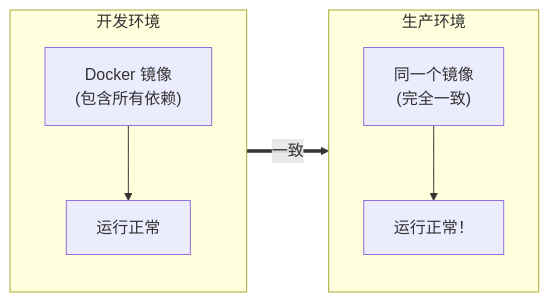
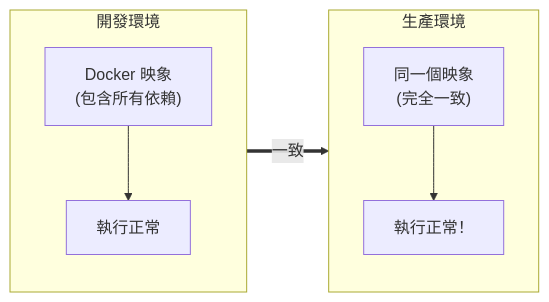
One commit to doggy8088/docker_practice changed the second of 3 diagrams in 01_introduction/1.2_what.md. Above: the diagram before and after it, drawn with Mermaid. The commit also changed other lines of this file and 211 other files, not shown here.

````diff
--- a/01_introduction/1.2_what.md
+++ b/01_introduction/1.2_what.md
@@ -31,12 +31,12 @@
 ```mermaid
 flowchart LR
-    subgraph Dev ["开发环境"]
+    subgraph Dev ["開發環境"]
         direction TB
-        A["Docker 镜像<br/>(包含所有依赖)"] --> B["运行正常"]
+        A["Docker 映象<br/>(包含所有依賴)"] --> B["執行正常"]
     end
-    subgraph Prod ["生产环境"]
+    subgraph Prod ["生產環境"]
         direction TB
-        C["同一个镜像<br/>(完全一致)"] --> D["运行正常！"]
+        C["同一個映象<br/>(完全一致)"] --> D["執行正常！"]
     end
     A == 一致 ==> C
 ```
````
